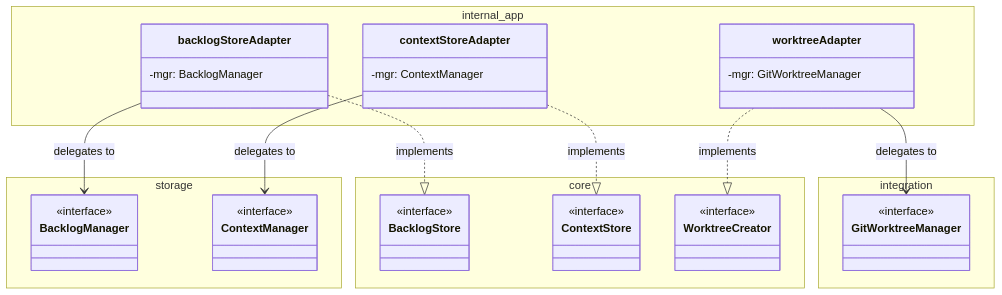
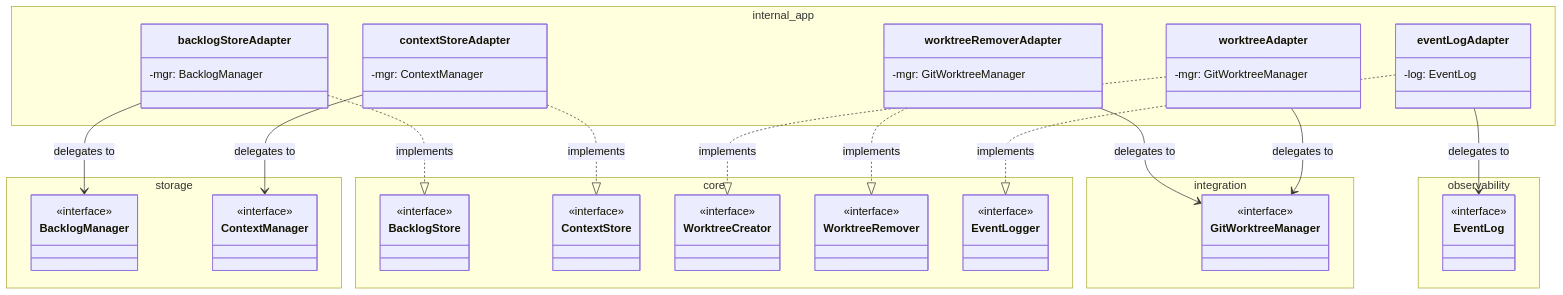
Before and after one commit to valter-silva-au/ai-dev-brain: the third of 9 diagrams in docs/architecture.md, drawn with Mermaid. The commit also changed other lines of this file and 51 other files, not shown here.

````diff
--- a/docs/architecture.md
+++ b/docs/architecture.md
@@ -185,52 +231,76 @@
 ```mermaid
 classDiagram
     direction TB
 
     namespace core {
         class BacklogStore {
             <<interface>>
         }
         class ContextStore {
             <<interface>>
         }
         class WorktreeCreator {
+            <<interface>>
+        }
+        class WorktreeRemover {
+            <<interface>>
+        }
+        class EventLogger {
             <<interface>>
         }
     }
 
     namespace storage {
         class BacklogManager {
             <<interface>>
         }
         class ContextManager {
             <<interface>>
         }
     }
 
     namespace integration {
         class GitWorktreeManager {
             <<interface>>
         }
     }
 
+    namespace observability {
+        class EventLog {
+            <<interface>>
+        }
+    }
+
     namespace internal_app {
         class backlogStoreAdapter {
             -mgr: BacklogManager
         }
         class contextStoreAdapter {
             -mgr: ContextManager
         }
         class worktreeAdapter {
             -mgr: GitWorktreeManager
+        }
+        class worktreeRemoverAdapter {
+            -mgr: GitWorktreeManager
+        }
+        class eventLogAdapter {
+            -log: EventLog
         }
     }
 
     backlogStoreAdapter ..|> BacklogStore : implements
     backlogStoreAdapter --> BacklogManager : delegates to
 
     contextStoreAdapter ..|> ContextStore : implements
     contextStoreAdapter --> ContextManager : delegates to
 
     worktreeAdapter ..|> WorktreeCreator : implements
     worktreeAdapter --> GitWorktreeManager : delegates to
+
+    worktreeRemoverAdapter ..|> WorktreeRemover : implements
+    worktreeRemoverAdapter --> GitWorktreeManager : delegates to
+
+    eventLogAdapter ..|> EventLogger : implements
+    eventLogAdapter --> EventLog : delegates to
 ```
````
